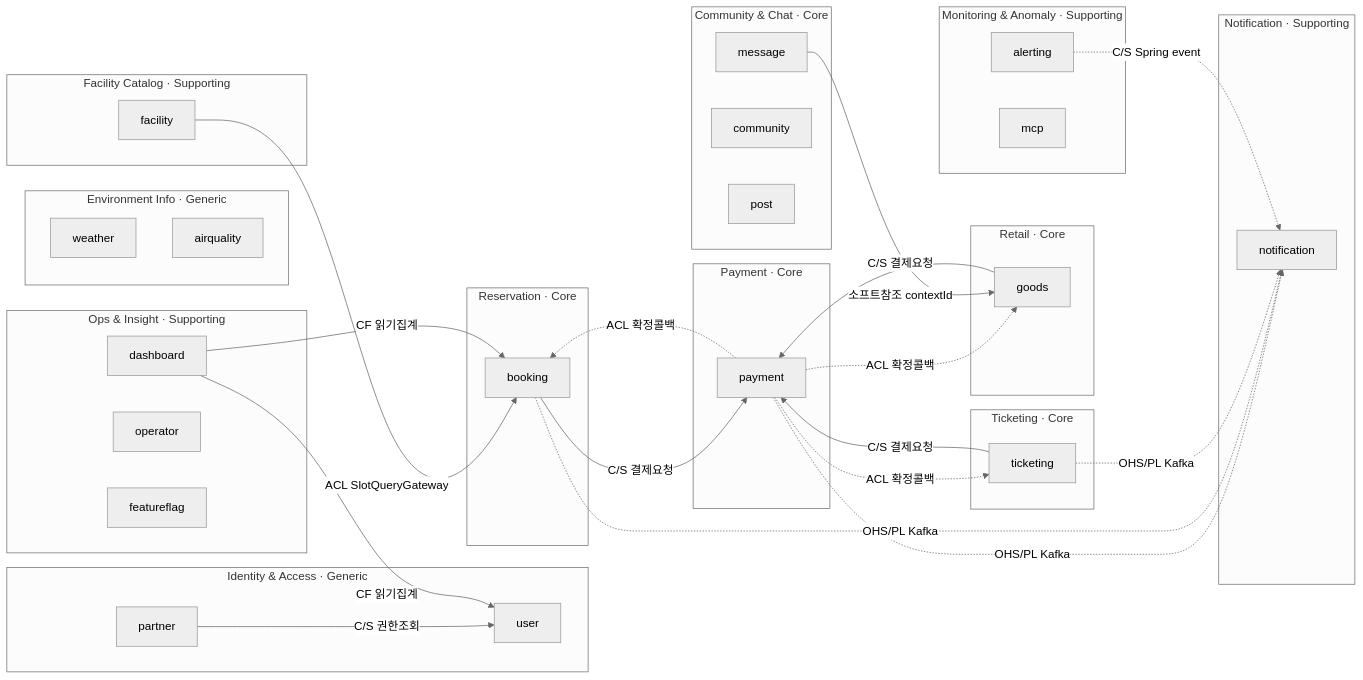
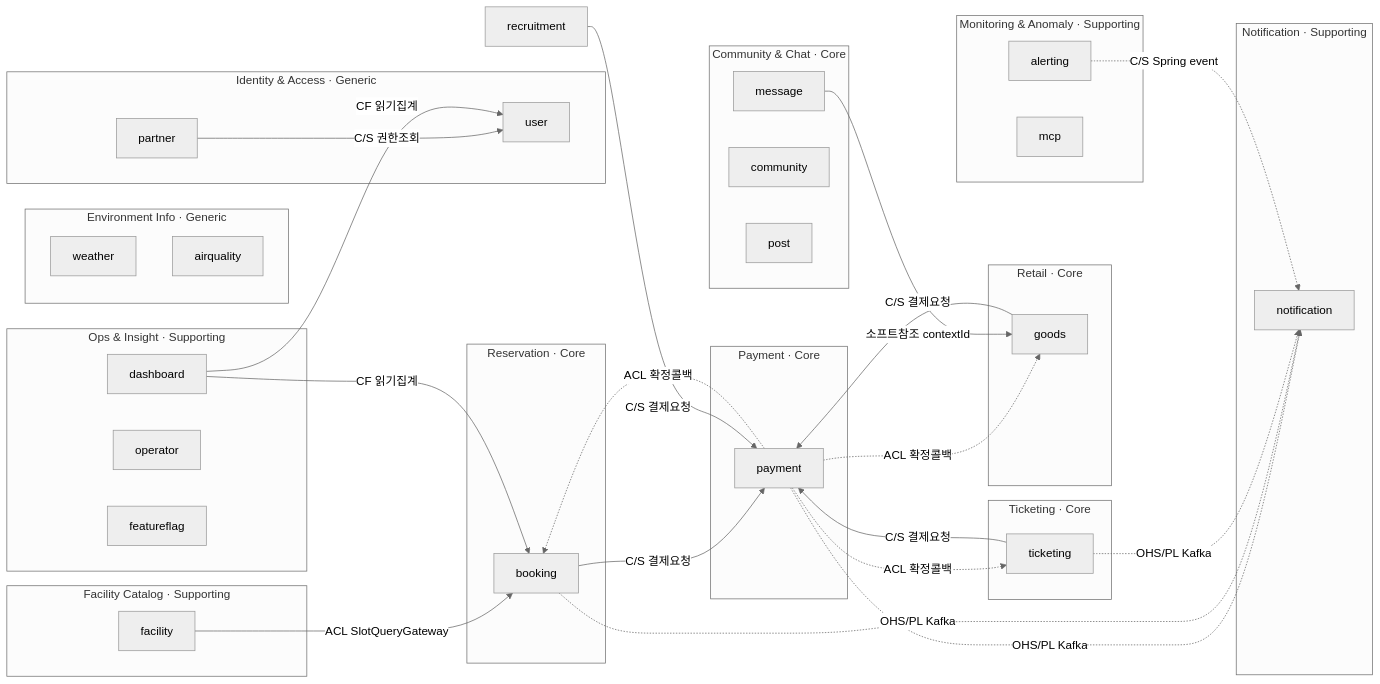
The second of 2 diagrams in docs/domain-context-map.md (biuea3866/new-sports-application), drawn with Mermaid (neutral theme) before and after one commit. The commit also changed other lines of this file, not shown here.

````diff
--- a/docs/domain-context-map.md
+++ b/docs/domain-context-map.md
@@ -136,61 +141,62 @@
 ```mermaid
 flowchart LR
     subgraph IAM["Identity & Access · Generic"]
         user
         partner
     end
     subgraph Reservation["Reservation · Core"]
         booking
     end
     subgraph Retail["Retail · Core"]
         goods
     end
     subgraph Ticketing["Ticketing · Core"]
         ticketing
     end
     subgraph Payment["Payment · Core"]
         payment
     end
     subgraph Notify["Notification · Supporting"]
         notification
     end
     subgraph Anomaly["Monitoring & Anomaly · Supporting"]
         alerting
         mcp
     end
     subgraph Social["Community & Chat · Core"]
         message
         community
         post
     end
     subgraph Catalog["Facility Catalog · Supporting"]
         facility
     end
     subgraph Env["Environment Info · Generic"]
         weather
         airquality
     end
     subgraph Ops["Ops & Insight · Supporting"]
         dashboard
         operator
         featureflag
     end
 
     booking -->|"C/S 결제요청"| payment
     goods -->|"C/S 결제요청"| payment
     ticketing -->|"C/S 결제요청"| payment
     payment -.->|"ACL 확정콜백"| booking
     payment -.->|"ACL 확정콜백"| goods
     payment -.->|"ACL 확정콜백"| ticketing
 
     payment -.->|"OHS/PL Kafka"| notification
     booking -.->|"OHS/PL Kafka"| notification
     ticketing -.->|"OHS/PL Kafka"| notification
     alerting -.->|"C/S Spring event"| notification
 
     facility -->|"ACL SlotQueryGateway"| booking
+    recruitment -->|"C/S 결제요청"| payment
     partner -->|"C/S 권한조회"| user
     message -->|"소프트참조 contextId"| goods
     dashboard -->|"CF 읽기집계"| booking
     dashboard -->|"CF 읽기집계"| user
 ```
````
